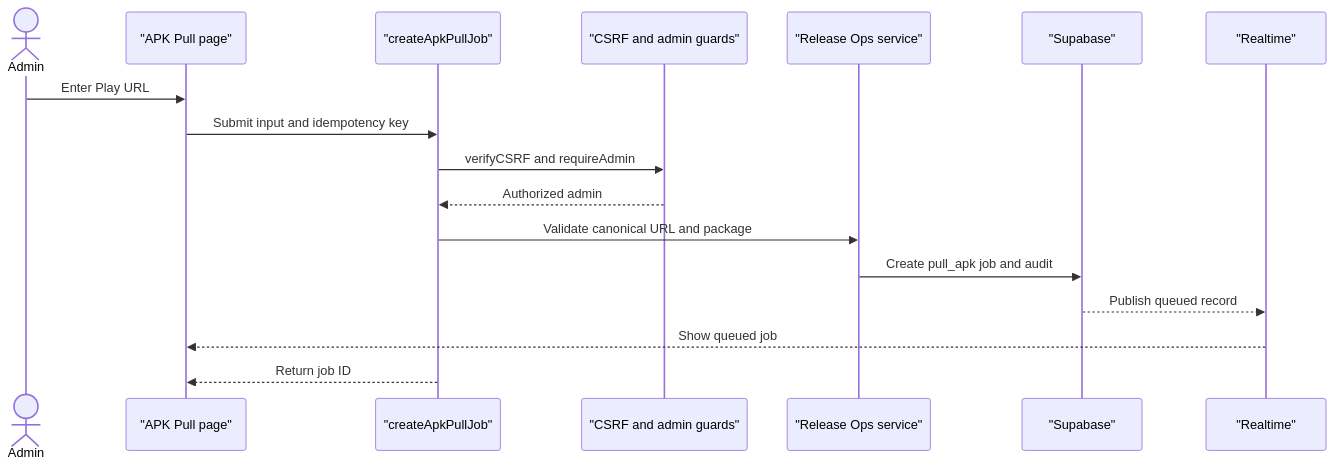
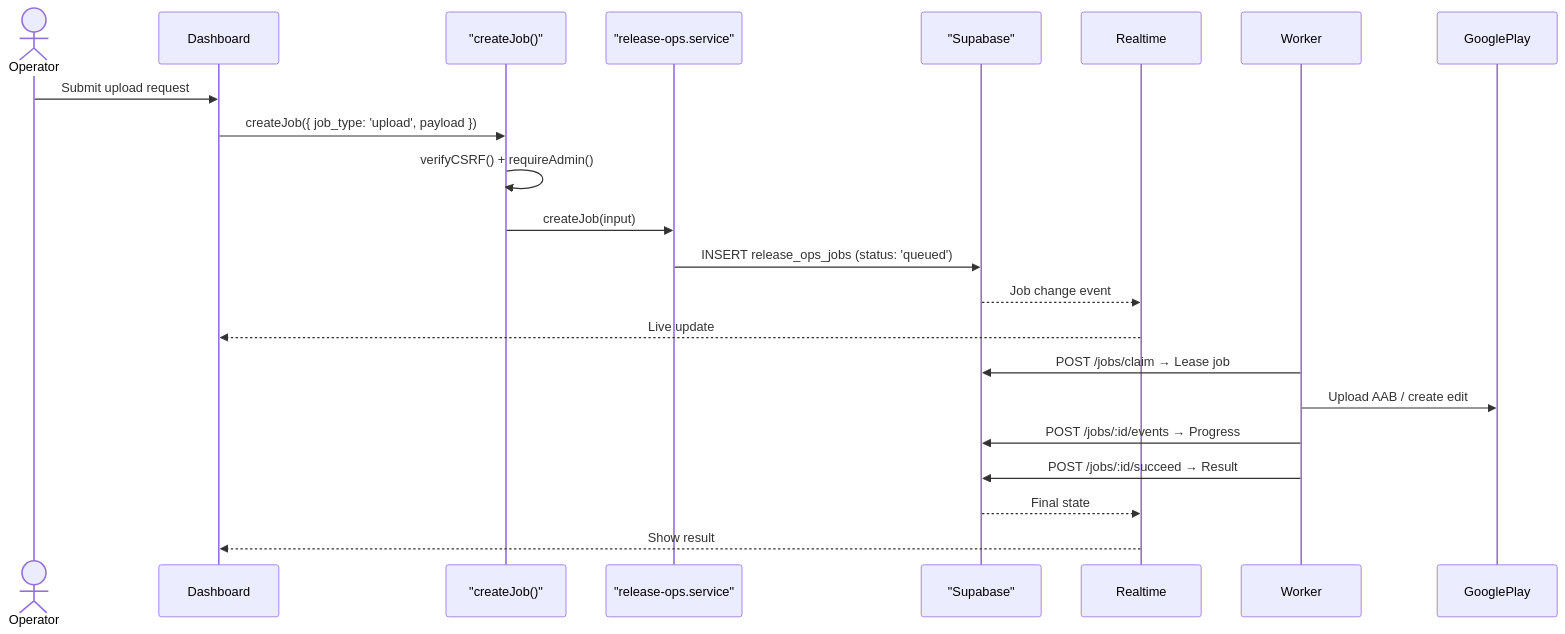
The seventh of 11 diagrams in ARCHITECTURE_MASTER.md (daclong120-del/app-relay), drawn with Mermaid before and after one commit. The commit also changed other lines of this file and 16 other files, not shown here.

````diff
--- a/ARCHITECTURE_MASTER.md
+++ b/ARCHITECTURE_MASTER.md
@@ -952,20 +877,25 @@
 ```mermaid
 sequenceDiagram
-    actor Admin
-    participant UI as "APK Pull page"
-    participant Action as "createApkPullJob"
-    participant Guard as "CSRF and admin guards"
-    participant Service as "Release Ops service"
+    actor Operator
+    participant Dashboard
+    participant Action as "createJob()"
+    participant Service as "release-ops.service"
     participant DB as "Supabase"
-    participant RT as "Realtime"
+    participant Realtime
+    participant Worker
+    participant GooglePlay
 
-    Admin->>UI: Enter Play URL
-    UI->>Action: Submit input and idempotency key
-    Action->>Guard: verifyCSRF and requireAdmin
-    Guard-->>Action: Authorized admin
-    Action->>Service: Validate canonical URL and package
-    Service->>DB: Create pull_apk job and audit
-    DB-->>RT: Publish queued record
-    RT-->>UI: Show queued job
-    Action-->>UI: Return job ID
+    Operator->>Dashboard: Submit upload request
+    Dashboard->>Action: createJob({ job_type: 'upload', payload })
+    Action->>Action: verifyCSRF() + requireAdmin()
+    Action->>Service: createJob(input)
+    Service->>DB: INSERT release_ops_jobs (status: 'queued')
+    DB-->>Realtime: Job change event
+    Realtime-->>Dashboard: Live update
+    Worker->>DB: POST /jobs/claim → Lease job
+    Worker->>GooglePlay: Upload AAB / create edit
+    Worker->>DB: POST /jobs/:id/events → Progress
+    Worker->>DB: POST /jobs/:id/succeed → Result
+    DB-->>Realtime: Final state
+    Realtime-->>Dashboard: Show result
 ```
````
